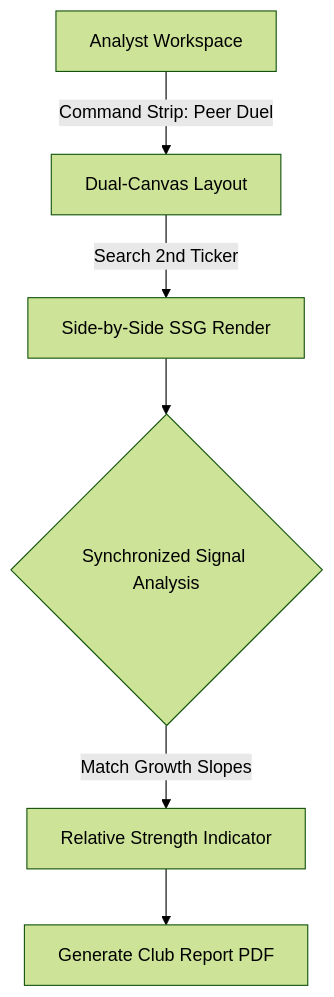
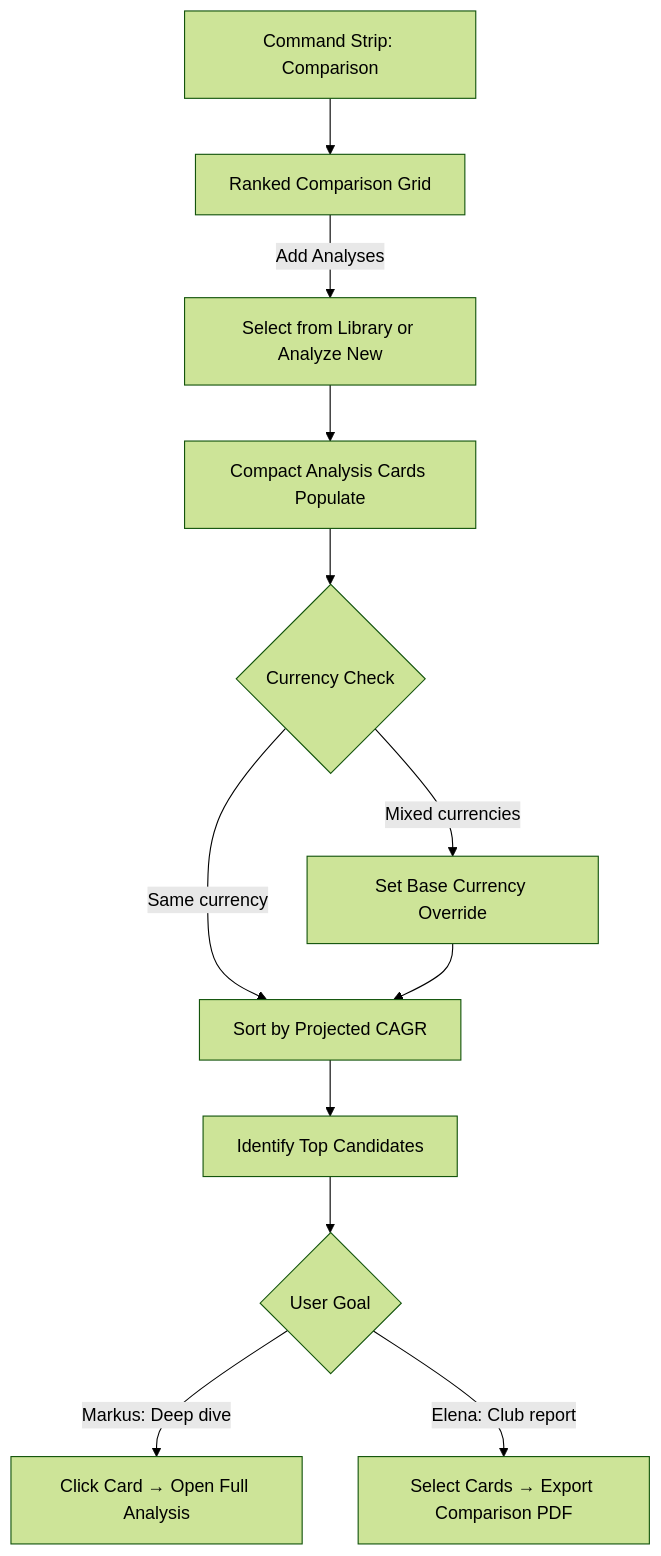
One commit to guycorbaz/steadyinvest changed the second of 6 diagrams in _bmad-output/planning-artifacts/ux-design-specification.md. Above: the diagram before and after it, drawn with Mermaid (forest theme). The commit also changed other lines of this file and 62 other files, not shown here.

````diff
--- a/_bmad-output/planning-artifacts/ux-design-specification.md
+++ b/_bmad-output/planning-artifacts/ux-design-specification.md
@@ -245,8 +299,14 @@
 ```mermaid
 graph TD
-    A[Analyst Workspace] -->|Command Strip: Peer Duel| B[Dual-Canvas Layout]
-    B -->|Search 2nd Ticker| C[Side-by-Side SSG Render]
-    C --> D{Synchronized Signal Analysis}
-    D -->|Match Growth Slopes| E[Relative Strength Indicator]
-    E --> F[Generate Club Report PDF]
+    A[Command Strip: Comparison] --> B[Ranked Comparison Grid]
+    B -->|Add Analyses| C[Select from Library or Analyze New]
+    C --> D[Compact Analysis Cards Populate]
+    D --> E{Currency Check}
+    E -->|Mixed currencies| F[Set Base Currency Override]
+    E -->|Same currency| G[Sort by Projected CAGR]
+    F --> G
+    G --> H[Identify Top Candidates]
+    H --> I{User Goal}
+    I -->|Markus: Deep dive| J[Click Card → Open Full Analysis]
+    I -->|Elena: Club report| K[Select Cards → Export Comparison PDF]
 ```
````
